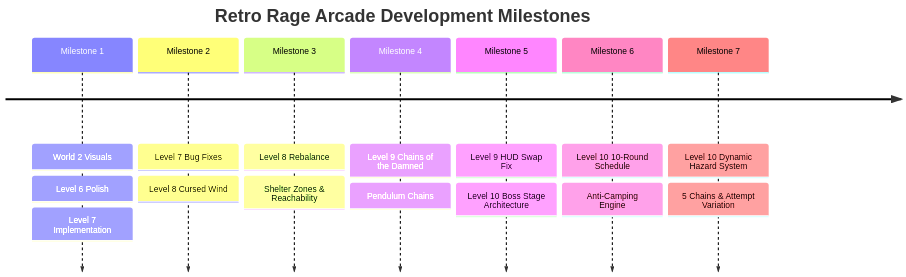
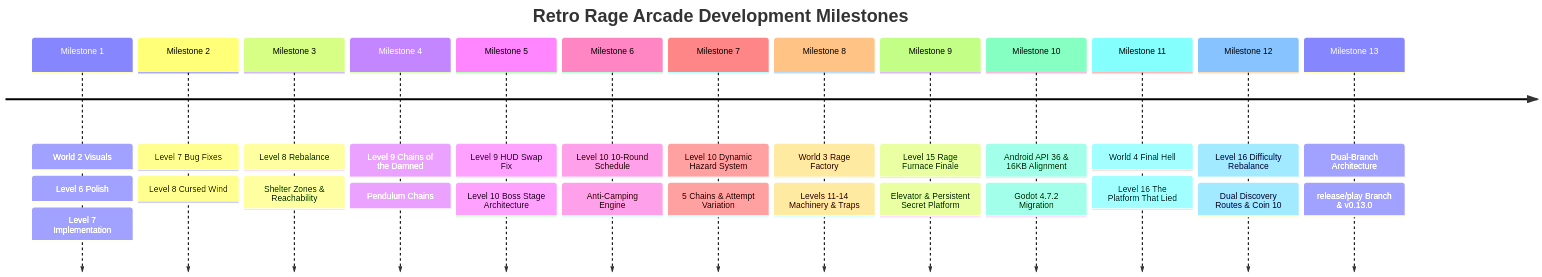
One commit to devil1527/rage_bait changed the second of 2 diagrams in docs/MASTER_PROJECT_DEVELOPMENT_AND_ARCHITECTURE_DOCUMENT.md. Above: the diagram before and after it, drawn with Mermaid. The commit also changed other lines of this file and 4 other files, not shown here.

First line of the commit message:
docs: bring all documentation up to date through Level 16, Godot 4.7.2, Android API 36, and 2,777 tests

````diff
--- a/docs/MASTER_PROJECT_DEVELOPMENT_AND_ARCHITECTURE_DOCUMENT.md
+++ b/docs/MASTER_PROJECT_DEVELOPMENT_AND_ARCHITECTURE_DOCUMENT.md
@@ -74,11 +74,17 @@
 ```mermaid
 timeline
     title Retro Rage Arcade Development Milestones
     Milestone 1 : World 2 Visuals : Level 6 Polish : Level 7 Implementation
     Milestone 2 : Level 7 Bug Fixes : Level 8 Cursed Wind
     Milestone 3 : Level 8 Rebalance : Shelter Zones & Reachability
     Milestone 4 : Level 9 Chains of the Damned : Pendulum Chains
     Milestone 5 : Level 9 HUD Swap Fix : Level 10 Boss Stage Architecture
     Milestone 6 : Level 10 10-Round Schedule : Anti-Camping Engine
     Milestone 7 : Level 10 Dynamic Hazard System : 5 Chains & Attempt Variation
+    Milestone 8 : World 3 Rage Factory : Levels 11-14 Machinery & Traps
+    Milestone 9 : Level 15 Rage Furnace Finale : Elevator & Persistent Secret Platform
+    Milestone 10 : Android API 36 & 16KB Alignment : Godot 4.7.2 Migration
+    Milestone 11 : World 4 Final Hell : Level 16 The Platform That Lied
+    Milestone 12 : Level 16 Difficulty Rebalance : Dual Discovery Routes & Coin 10
+    Milestone 13 : Dual-Branch Architecture : release/play Branch & v0.13.0
 ```
````
